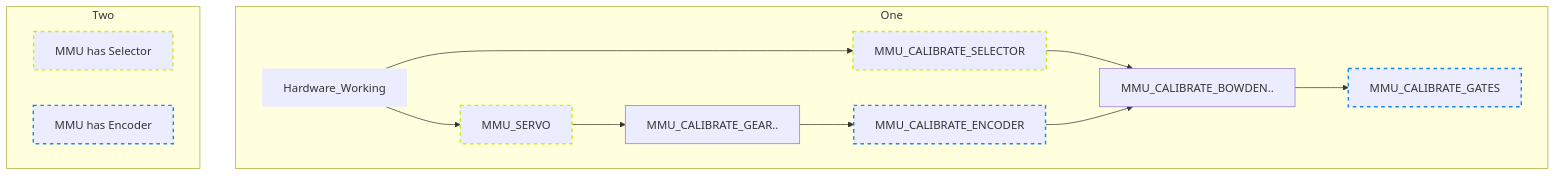
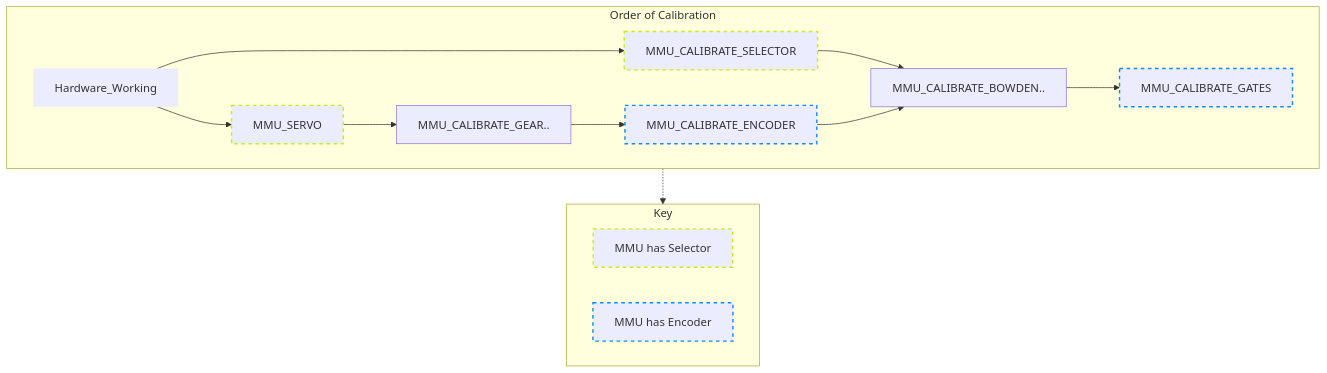
Before and after one commit to 3DCoded/Happy-Hare: the diagram in MMU-Calibration.md, drawn with Mermaid.

````diff
--- a/MMU-Calibration.md
+++ b/MMU-Calibration.md
@@ -22,26 +22,29 @@
 ```mermaid
 graph TD;
-  subgraph one ["One"]
+  subgraph sequence ["Order of Calibration"]
     Hardware_Working --> MMU_SERVO
     Hardware_Working --> MMU_CALIBRATE_SELECTOR
     MMU_CALIBRATE_SELECTOR --> MMU_CALIBRATE_BOWDEN
     MMU_SERVO --> MMU_CALIBRATE_GEAR["MMU_CALIBRATE_GEAR.."]
     MMU_CALIBRATE_GEAR --> MMU_CALIBRATE_ENCODER
     MMU_CALIBRATE_ENCODER --> MMU_CALIBRATE_BOWDEN["MMU_CALIBRATE_BOWDEN.."]
     MMU_CALIBRATE_BOWDEN --> MMU_CALIBRATE_GATES
   end
 
+  sequence -.-> key
+
+  subgraph key ["Key"]
+    LINEAR_SELECTOR["MMU has Selector"]
+    ENCODER["MMU has Encoder"]
+  end
+
+
   style Hardware_Working stroke-width:0px
   style MMU_SERVO stroke-dasharray: 5 5, stroke:#c5f015, stroke-width:2px
   style MMU_CALIBRATE_SELECTOR stroke-dasharray: 5 5, stroke:#c5f015, stroke-width:2px
   style MMU_CALIBRATE_ENCODER stroke-dasharray: 5 5, stroke:#1589f0, stroke-width:2px
   style MMU_CALIBRATE_GATES stroke-dasharray: 5 5, stroke:#1589f0, stroke-width:2px
 
-  subgraph two ["Two"]
-    LINEAR_SELECTOR["MMU has Selector"]
-    ENCODER["MMU has Encoder"]
-  end
-
   style LINEAR_SELECTOR stroke-dasharray: 5 5, stroke:#c5f015, stroke-width:2px
   style ENCODER stroke-dasharray: 5 5, stroke:#1589f0, stroke-width:2px
 ```
````
